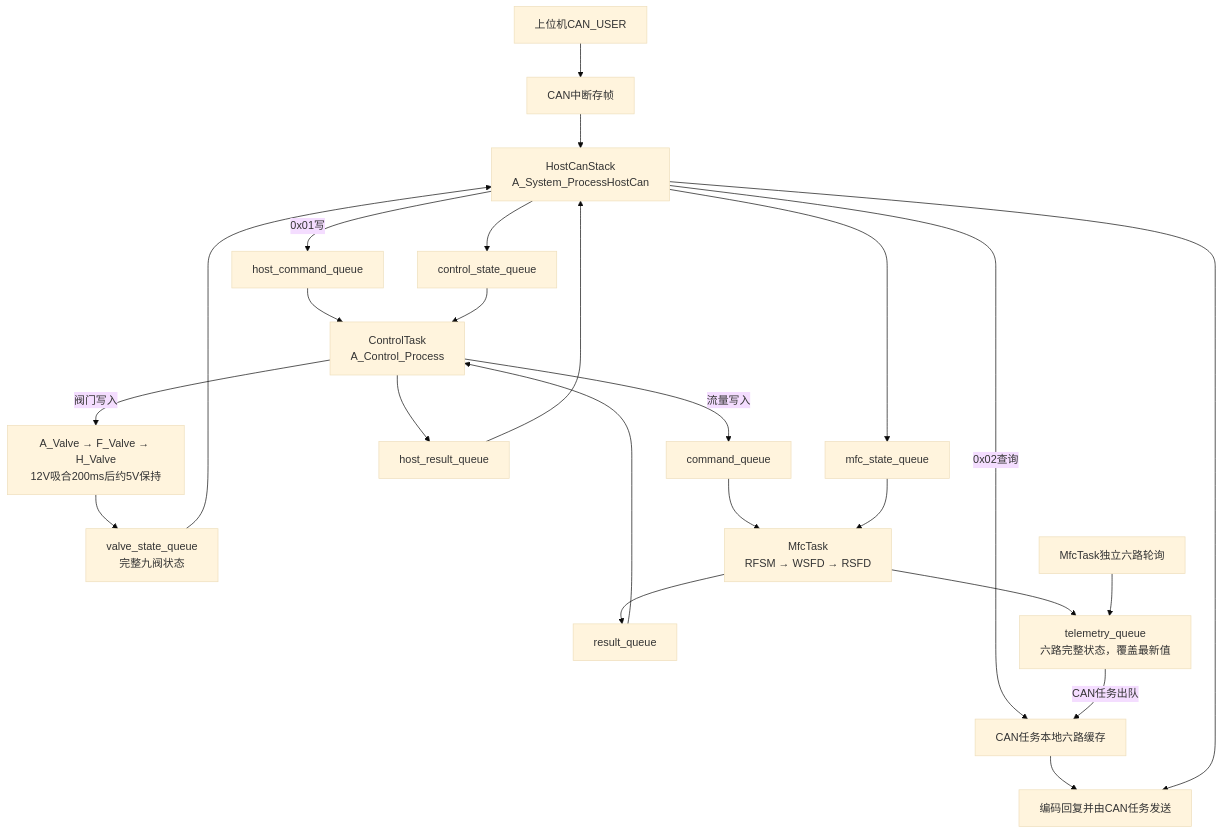
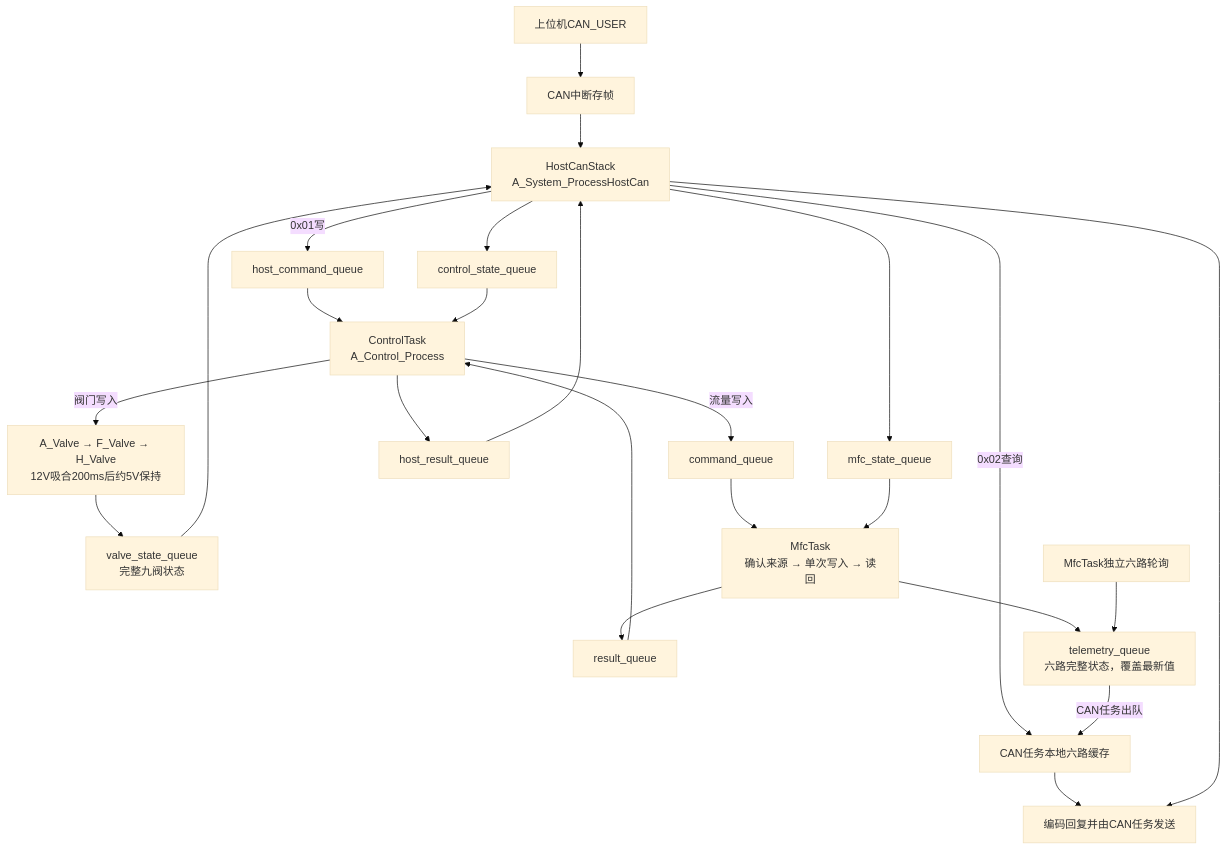
Before and after one commit to WIZYAN/gas-flowmeter-control: the diagram in doc/Design Document/Design Statement/主板运行流程与收发函数说明.md, drawn with Mermaid (base theme). The commit also changed other lines of this file and 11 other files, not shown here.

````diff
--- a/doc/Design Document/Design Statement/主板运行流程与收发函数说明.md
+++ b/doc/Design Document/Design Statement/主板运行流程与收发函数说明.md
@@ -69,26 +69,26 @@
 ```mermaid
 flowchart TD
     PC["上位机CAN_USER"] --> RX["CAN中断存帧"]
     RX --> HOST["HostCanStack<br/>A_System_ProcessHostCan"]
     HOST -->|"0x02查询"| CACHE["CAN任务本地六路缓存"]
     CACHE --> REPLY["编码回复并由CAN任务发送"]
     HOST -->|"0x01写"| HCQ["host_command_queue"]
     HCQ --> CTRL["ControlTask<br/>A_Control_Process"]
     CTRL -->|"流量写入"| CQ["command_queue"]
     CTRL -->|"阀门写入"| VALVE["A_Valve → F_Valve → H_Valve<br/>12V吸合200ms后约5V保持"]
     VALVE --> VQ["valve_state_queue<br/>完整九阀状态"]
     VQ --> HOST
-    CQ --> MFC["MfcTask<br/>RFSM → WSFD → RSFD"]
+    CQ --> MFC["MfcTask<br/>确认来源 → 单次写入 → 读回"]
     MFC --> RQ["result_queue"]
     RQ --> CTRL
     CTRL --> HRQ["host_result_queue"]
     HRQ --> HOST
     HOST --> REPLY
     MFC --> SNAP["telemetry_queue<br/>六路完整状态，覆盖最新值"]
     POLL["MfcTask独立六路轮询"] --> SNAP
     SNAP -->|"CAN任务出队"| CACHE
     HOST --> CSQ["control_state_queue"]
     CSQ --> CTRL
     HOST --> MSQ["mfc_state_queue"]
     MSQ --> MFC
 ```
````
